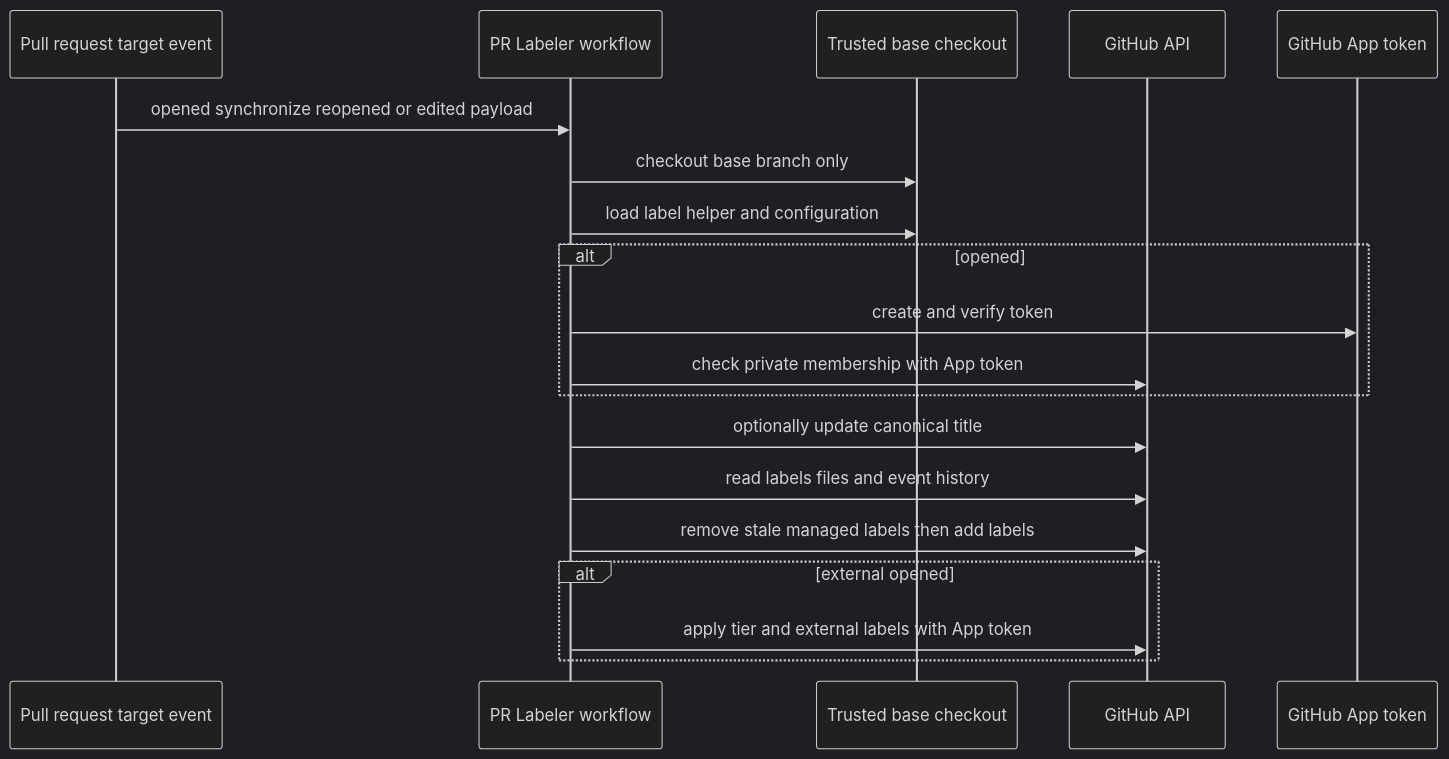
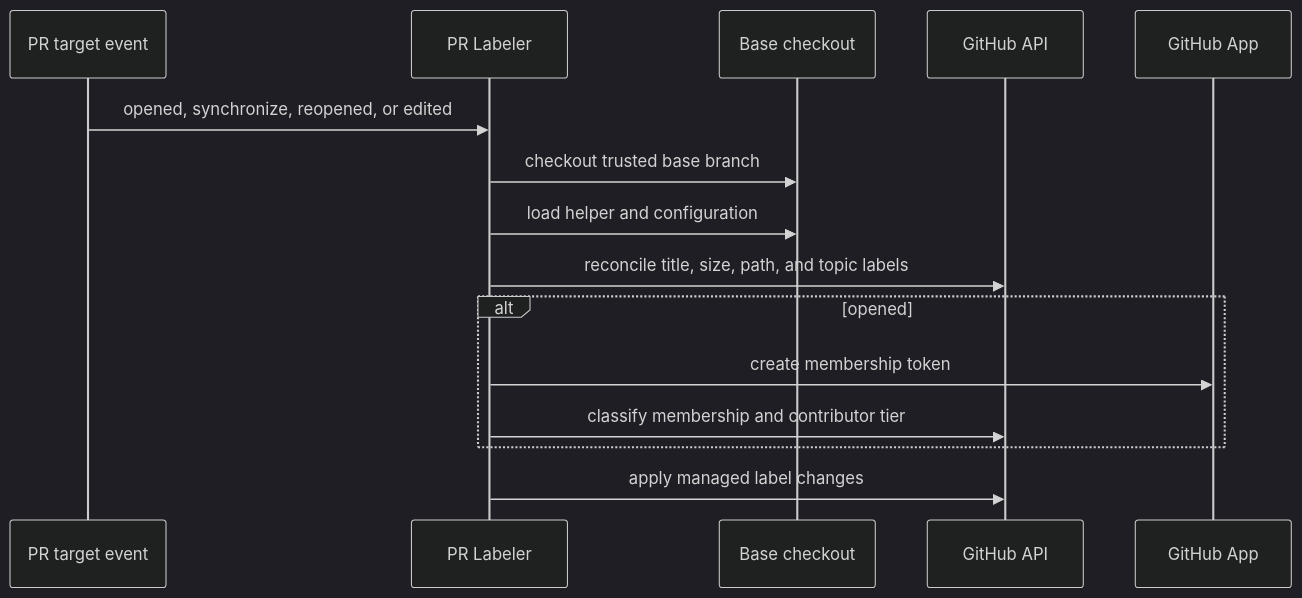
One commit to langchain-ai/deepagents changed the third of 3 diagrams in openwiki/operations/ci-labeling.md. Above: the diagram before and after it, drawn with Mermaid (dark theme). The commit also changed other lines of this file and 69 other files, not shown here.

````diff
--- a/openwiki/operations/ci-labeling.md
+++ b/openwiki/operations/ci-labeling.md
@@ -83,21 +127,17 @@
 ```mermaid
 sequenceDiagram
-    participant Event as Pull request target event
-    participant Flow as PR Labeler workflow
-    participant Base as Trusted base checkout
+    participant Event as PR target event
+    participant Flow as PR Labeler
+    participant Base as Base checkout
     participant API as GitHub API
-    participant App as GitHub App token
-    Event->>Flow: opened synchronize reopened or edited payload
-    Flow->>Base: checkout base branch only
-    Flow->>Base: load label helper and configuration
+    participant App as GitHub App
+    Event->>Flow: opened, synchronize, reopened, or edited
+    Flow->>Base: checkout trusted base branch
+    Flow->>Base: load helper and configuration
+    Flow->>API: reconcile title, size, path, and topic labels
     alt opened
-        Flow->>App: create and verify token
-        Flow->>API: check private membership with App token
+        Flow->>App: create membership token
+        Flow->>API: classify membership and contributor tier
     end
-    Flow->>API: optionally update canonical title
-    Flow->>API: read labels files and event history
-    Flow->>API: remove stale managed labels then add labels
-    alt external opened
-        Flow->>API: apply tier and external labels with App token
-    end
+    Flow->>API: apply managed label changes
 ```
````
